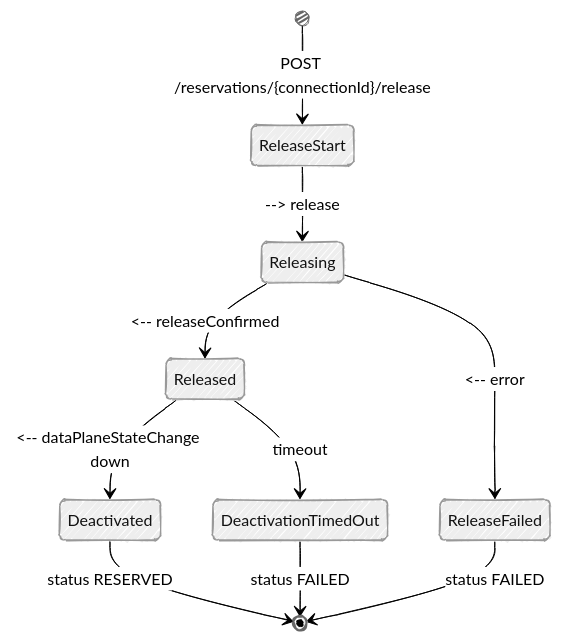
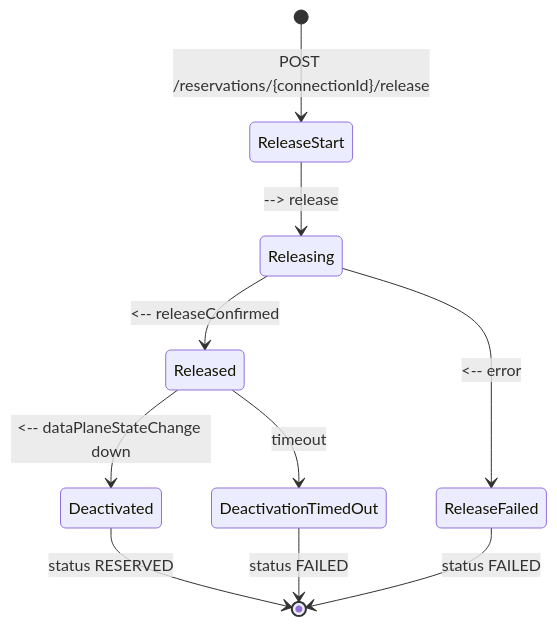
Before and after one commit to workfloworchestrator/nsi-aggregator-proxy: the fourth of 5 diagrams in README.md, drawn with Mermaid. The commit also changed other lines of this file, not shown here.

Commit message:
remove hand drawn option from mermaid diagrams in readme

````diff
--- a/README.md
+++ b/README.md
@@ -252,16 +249,15 @@
 ```mermaid
-%%{init: {"look": "handDrawn", "theme": "neutral"}}%%
 stateDiagram-v2
     [*] --> ReleaseStart : POST /reservations/{connectionId}/release
     state ReleaseStart <<choice>>
     ReleaseStart --> Releasing : --> release
     state Releasing <<choice>>
     Releasing --> Released : <-- releaseConfirmed
     state Released <<choice>>
     Releasing --> ReleaseFailed : <-- error
     Released --> Deactivated : <-- dataPlaneStateChange down
     Released --> DeactivationTimedOut : timeout
     Deactivated --> [*] :  status RESERVED
     DeactivationTimedOut --> [*] :  status FAILED
     ReleaseFailed --> [*] :  status FAILED
 ```
````
